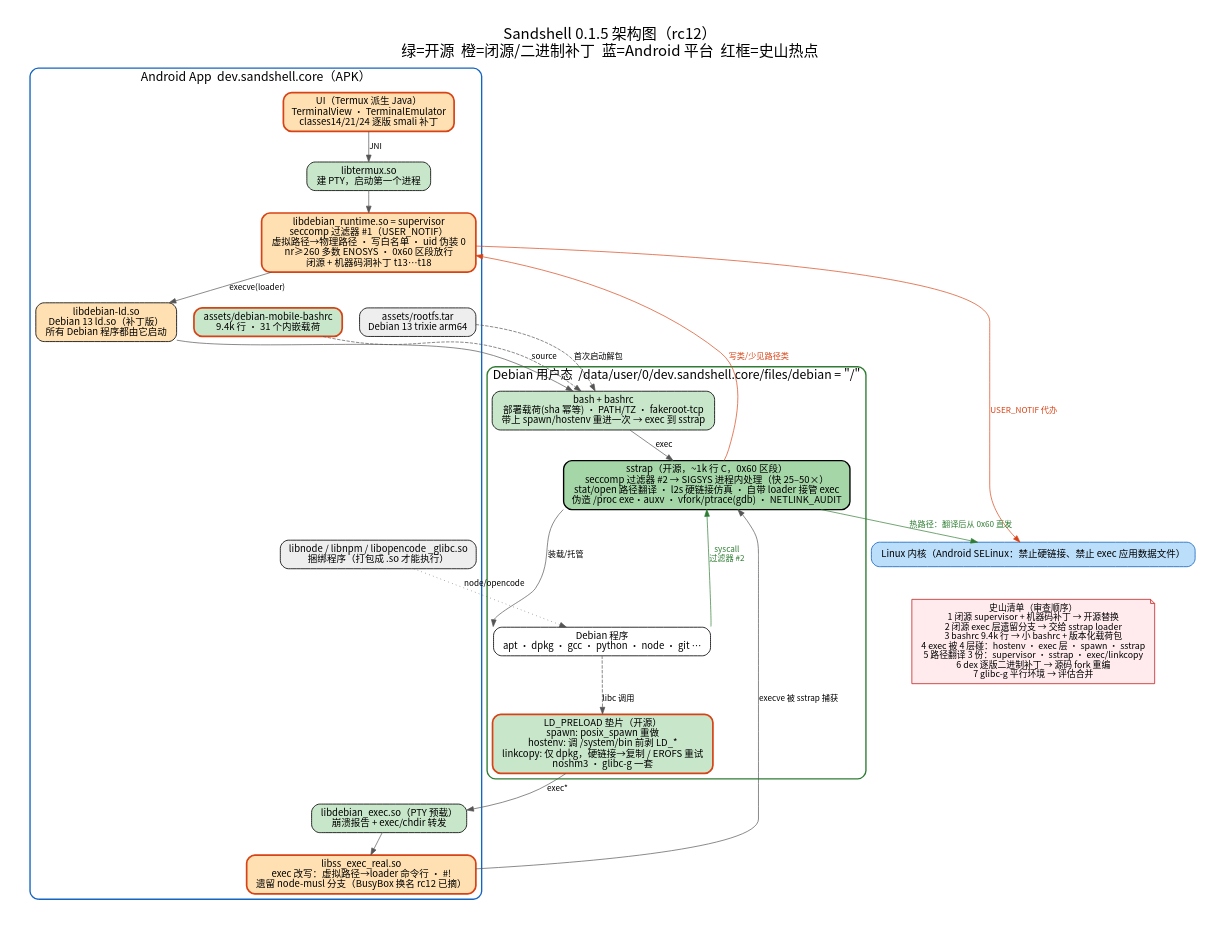
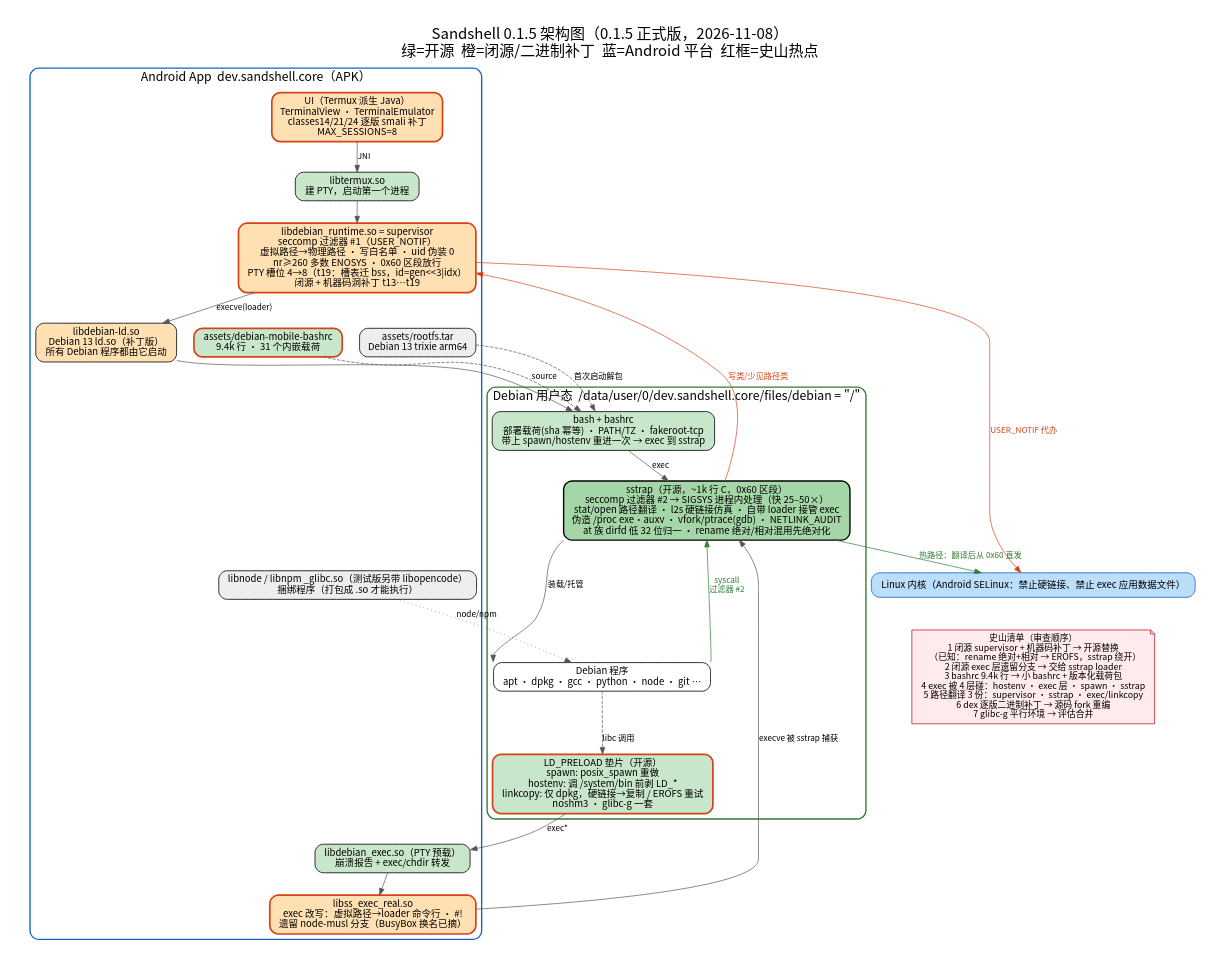
The diagram in docs/architecture-0.1.5.dot (leiqiaoyu/sandshell-android), drawn with Graphviz before and after one commit. The commit also changed 2 other files, not shown here.

Commit message:
docs: architecture map for 0.1.5 release (PTY slots t19, sstrap dirfd/rename fixes)

```diff
--- a/docs/architecture-0.1.5.dot
+++ b/docs/architecture-0.1.5.dot
@@ -1,50 +1,50 @@
 digraph sandshell {
   graph [rankdir=TB, fontname="Noto Sans CJK SC", fontsize=22, bgcolor="white", pad=0.4, nodesep=0.35, ranksep=0.45, newrank=true,
-         label="Sandshell 0.1.5 架构图（rc12）\n绿=开源  橙=闭源/二进制补丁  蓝=Android 平台  红框=史山热点", labelloc=t];
+         label="Sandshell 0.1.5 架构图（0.1.5 正式版，2026-11-08）\n绿=开源  橙=闭源/二进制补丁  蓝=Android 平台  红框=史山热点", labelloc=t];
   node  [shape=box, style="rounded,filled", fontname="Noto Sans CJK SC", fontsize=14, margin="0.18,0.08", penwidth=1.2];
   edge  [fontname="Noto Sans CJK SC", fontsize=12, color="#555555"];
 
   subgraph cluster_app {
     label="Android App  dev.sandshell.core（APK）"; style="rounded"; color="#1565c0"; fontsize=18; penwidth=2;
-    ui   [label="UI（Termux 派生 Java）\nTerminalView · TerminalEmulator\nclasses14/21/24 逐版 smali 补丁", fillcolor="#ffe0b2", color="#d84315", penwidth=2.5];
+    ui   [label="UI（Termux 派生 Java）\nTerminalView · TerminalEmulator\nclasses14/21/24 逐版 smali 补丁\nMAX_SESSIONS=8", fillcolor="#ffe0b2", color="#d84315", penwidth=2.5];
     termux [label="libtermux.so\n建 PTY，启动第一个进程", fillcolor="#c8e6c9"];
-    sup  [label="libdebian_runtime.so = supervisor\nseccomp 过滤器 #1（USER_NOTIF）\n虚拟路径→物理路径 · 写白名单 · uid 伪装 0\nnr≥260 多数 ENOSYS · 0x60 区段放行\n闭源 + 机器码洞补丁 t13…t18", fillcolor="#ffe0b2", color="#d84315", penwidth=2.5];
+    sup  [label="libdebian_runtime.so = supervisor\nseccomp 过滤器 #1（USER_NOTIF）\n虚拟路径→物理路径 · 写白名单 · uid 伪装 0\nnr≥260 多数 ENOSYS · 0x60 区段放行\nPTY 槽位 4→8（t19：槽表迁 bss，id=gen<<3|idx）\n闭源 + 机器码洞补丁 t13…t19", fillcolor="#ffe0b2", color="#d84315", penwidth=2.5];
     ld   [label="libdebian-ld.so\nDebian 13 ld.so（补丁版）\n所有 Debian 程序都由它启动", fillcolor="#ffe0b2"];
     dexec[label="libdebian_exec.so（PTY 预载）\n崩溃报告 + exec/chdir 转发", fillcolor="#c8e6c9"];
-    xreal[label="libss_exec_real.so\nexec 改写：虚拟路径→loader 命令行 · #!\n遗留 node-musl 分支（BusyBox 换名 rc12 已摘）", fillcolor="#ffe0b2", color="#d84315", penwidth=2.5];
-    bund [label="libnode / libnpm / libopencode _glibc.so\n捆绑程序（打包成 .so 才能执行）", fillcolor="#eeeeee"];
+    xreal[label="libss_exec_real.so\nexec 改写：虚拟路径→loader 命令行 · #!\n遗留 node-musl 分支（BusyBox 换名已摘）", fillcolor="#ffe0b2", color="#d84315", penwidth=2.5];
+    bund [label="libnode / libnpm _glibc.so（测试版另带 libopencode）\n捆绑程序（打包成 .so 才能执行）", fillcolor="#eeeeee"];
     bashrc_a [label="assets/debian-mobile-bashrc\n9.4k 行 · 31 个内嵌载荷", fillcolor="#c8e6c9", color="#d84315", penwidth=2.5];
     rootfs_a [label="assets/rootfs.tar\nDebian 13 trixie arm64", fillcolor="#eeeeee"];
   }
 
   subgraph cluster_deb {
     label="Debian 用户态  /data/user/0/dev.sandshell.core/files/debian = \"/\""; style="rounded"; color="#2e7d32"; fontsize=18; penwidth=2;
     bash [label="bash + bashrc\n部署载荷(sha 幂等) · PATH/TZ · fakeroot-tcp\n带上 spawn/hostenv 重进一次 → exec 到 sstrap", fillcolor="#c8e6c9"];
-    sstrap [label="sstrap（开源，~1k 行 C，0x60 区段）\nseccomp 过滤器 #2 → SIGSYS 进程内处理（快 25–50×）\nstat/open 路径翻译 · l2s 硬链接仿真 · 自带 loader 接管 exec\n伪造 /proc exe·auxv · vfork/ptrace(gdb) · NETLINK_AUDIT", fillcolor="#a5d6a7", penwidth=2];
+    sstrap [label="sstrap（开源，~1k 行 C，0x60 区段）\nseccomp 过滤器 #2 → SIGSYS 进程内处理（快 25–50×）\nstat/open 路径翻译 · l2s 硬链接仿真 · 自带 loader 接管 exec\n伪造 /proc exe·auxv · vfork/ptrace(gdb) · NETLINK_AUDIT\nat 族 dirfd 低 32 位归一 · rename 绝对/相对混用先绝对化", fillcolor="#a5d6a7", penwidth=2];
     pre  [label="LD_PRELOAD 垫片（开源）\nspawn: posix_spawn 重做\nhostenv: 调 /system/bin 前剥 LD_*\nlinkcopy: 仅 dpkg，硬链接→复制 / EROFS 重试\nnoshm3 · glibc-g 一套", fillcolor="#c8e6c9", color="#d84315", penwidth=2.5];
     prog [label="Debian 程序\napt · dpkg · gcc · python · node · git …", fillcolor="#ffffff"];
   }
 
   kernel [label="Linux 内核（Android SELinux：禁止硬链接、禁止 exec 应用数据文件）", fillcolor="#bbdefb", color="#1565c0"];
 
   ui -> termux [label="JNI"];
   termux -> sup;
   rootfs_a -> bash [label="首次启动解包", style=dashed];
   bashrc_a -> bash [label="source", style=dashed];
   sup -> ld [label="execve(loader)"];
   ld -> bash;
   bash -> sstrap [label="exec"];
   sstrap:sw -> prog:nw [label="装载/托管"];
   prog -> pre [label="libc 调用", style=dashed];
   pre -> dexec [label="exec*"];
   dexec -> xreal;
   xreal -> sstrap [label="execve 被 sstrap 捕获"];
   prog:ne -> sstrap:s [label="syscall\n过滤器 #2", minlen=2, color="#2e7d32", fontcolor="#2e7d32"];
   sstrap -> kernel [label="热路径：翻译后从 0x60 直发", color="#2e7d32", fontcolor="#2e7d32"];
   sstrap -> sup [label="写类/少见路径类", color="#d84315", fontcolor="#d84315"];
   sup -> kernel [label="USER_NOTIF 代办", color="#d84315", fontcolor="#d84315"];
-  bund -> prog [style=dotted, label="node/opencode"];
+  bund -> prog [style=dotted, label="node/npm"];
 
-  hot [shape=note, fillcolor="#ffebee", color="#c62828", fontsize=13, label="史山清单（审查顺序）\n1 闭源 supervisor + 机器码补丁 → 开源替换\n2 闭源 exec 层遗留分支 → 交给 sstrap loader\n3 bashrc 9.4k 行 → 小 bashrc + 版本化载荷包\n4 exec 被 4 层碰：hostenv · exec 层 · spawn · sstrap\n5 路径翻译 3 份：supervisor · sstrap · exec/linkcopy\n6 dex 逐版二进制补丁 → 源码 fork 重编\n7 glibc-g 平行环境 → 评估合并"];
+  hot [shape=note, fillcolor="#ffebee", color="#c62828", fontsize=13, label="史山清单（审查顺序）\n1 闭源 supervisor + 机器码补丁 → 开源替换\n   （已知：rename 绝对+相对 → EROFS，sstrap 绕开）\n2 闭源 exec 层遗留分支 → 交给 sstrap loader\n3 bashrc 9.4k 行 → 小 bashrc + 版本化载荷包\n4 exec 被 4 层碰：hostenv · exec 层 · spawn · sstrap\n5 路径翻译 3 份：supervisor · sstrap · exec/linkcopy\n6 dex 逐版二进制补丁 → 源码 fork 重编\n7 glibc-g 平行环境 → 评估合并"];
   kernel -> hot [style=invis];
 }
```
